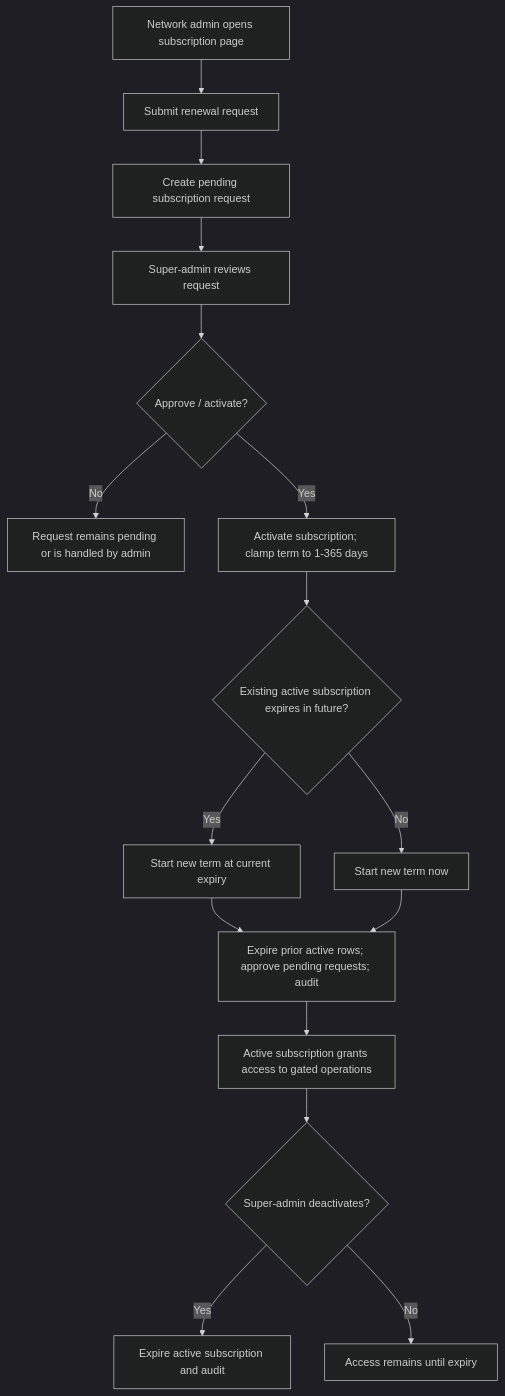
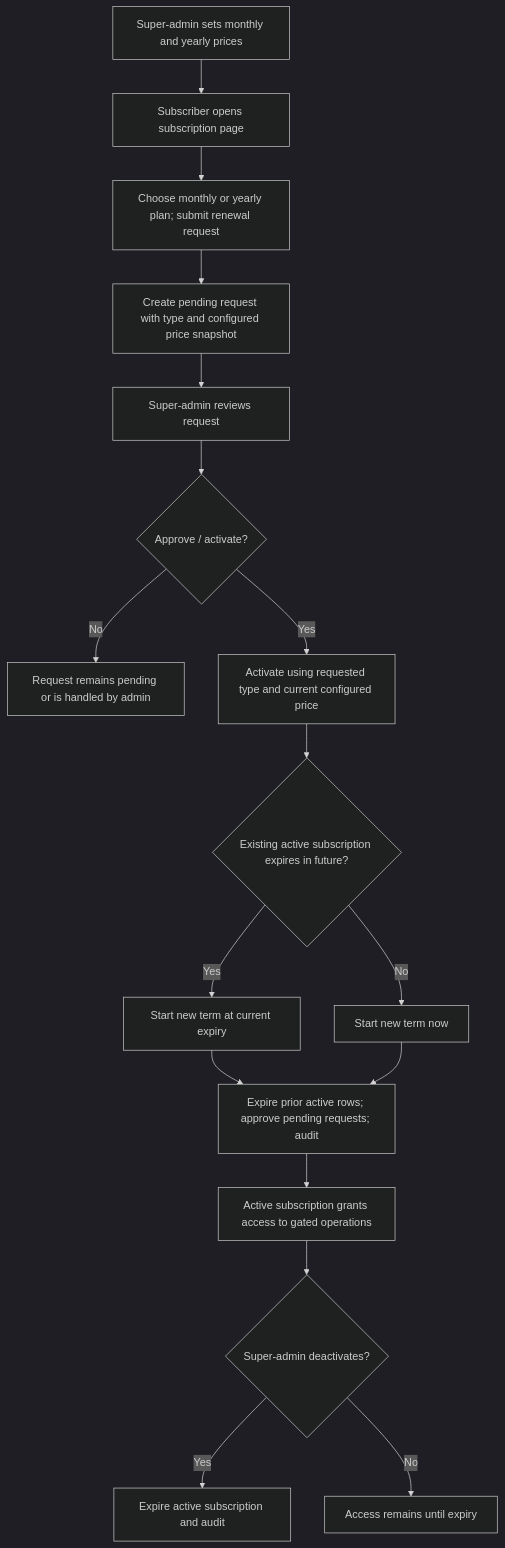
The fifth of 5 diagrams in docs/PROCESS_FLOWS_AND_TEST_CASES.md (mmutech/mikrotic-manager), drawn with Mermaid (dark theme) before and after one commit. The commit also changed other lines of this file and 126 other files, not shown here.

````diff
--- a/docs/PROCESS_FLOWS_AND_TEST_CASES.md
+++ b/docs/PROCESS_FLOWS_AND_TEST_CASES.md
@@ -109,18 +109,19 @@
 ```mermaid
 flowchart TD
-    A[Network admin opens subscription page] --> B[Submit renewal request]
-    B --> C[Create pending subscription request]
+    P[Super-admin sets monthly and yearly prices] --> A[Subscriber opens subscription page]
+    A --> B[Choose monthly or yearly plan; submit renewal request]
+    B --> C[Create pending request with type and configured price snapshot]
     C --> D[Super-admin reviews request]
     D --> E{Approve / activate?}
     E -->|No| F[Request remains pending or is handled by admin]
-    E -->|Yes| G[Activate subscription; clamp term to 1-365 days]
+    E -->|Yes| G[Activate using requested type and current configured price]
     G --> H{Existing active subscription expires in future?}
     H -->|Yes| I[Start new term at current expiry]
     H -->|No| J[Start new term now]
     I --> K[Expire prior active rows; approve pending requests; audit]
     J --> K
     K --> L[Active subscription grants access to gated operations]
     L --> M{Super-admin deactivates?}
     M -->|Yes| N[Expire active subscription and audit]
     M -->|No| O[Access remains until expiry]
 ```
````
